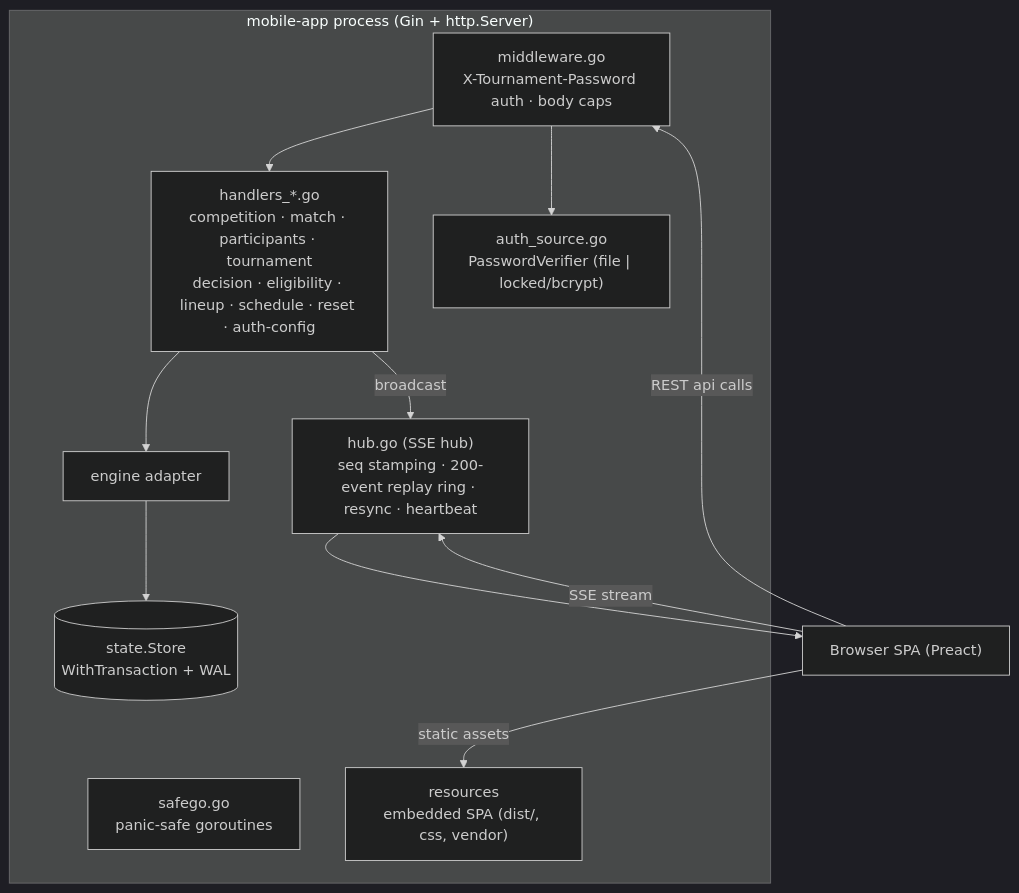
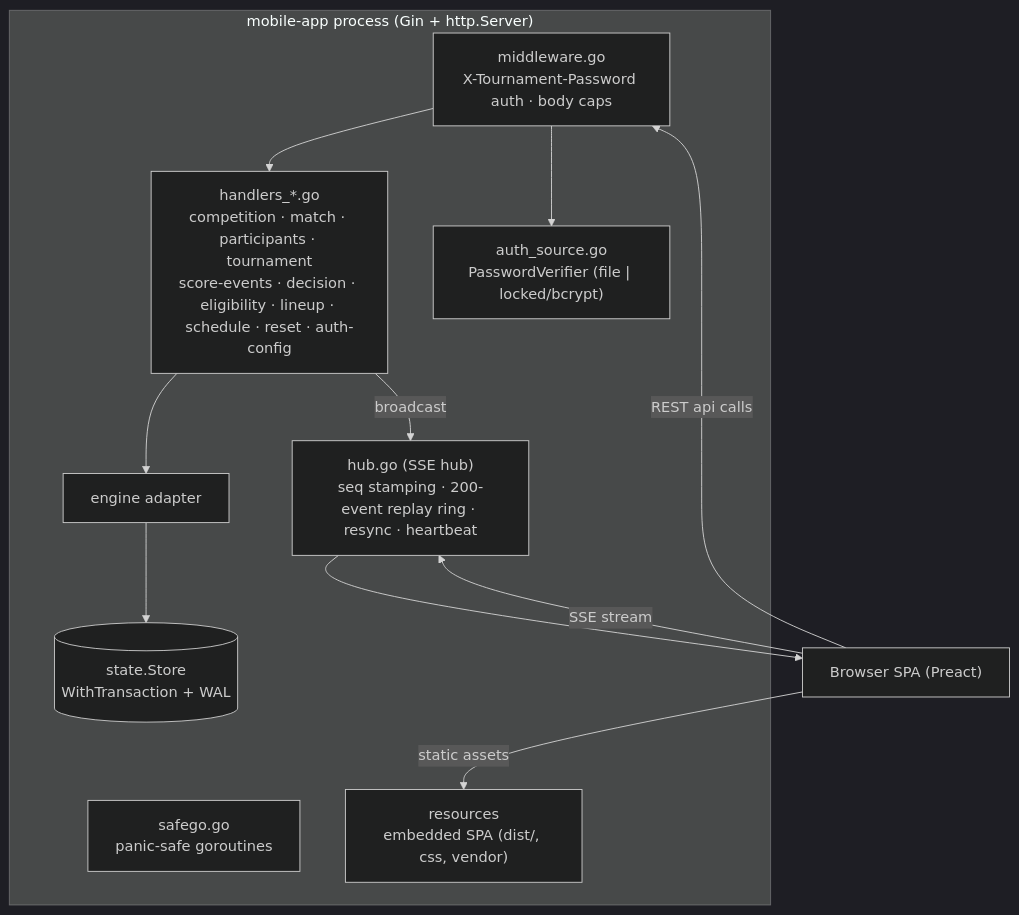
One commit to gitrgoliveira/bracket-creator changed the fourth of 8 diagrams in docs/architecture/software-architecture.md. Above: the diagram before and after it, drawn with Mermaid (dark theme). The commit also changed other lines of this file and 9 other files, not shown here.

````diff
--- a/docs/architecture/software-architecture.md
+++ b/docs/architecture/software-architecture.md
@@ -111,20 +111,20 @@
 ```mermaid
 flowchart TB
     subgraph proc["mobile-app process (Gin + http.Server)"]
         mw["middleware.go<br/>X-Tournament-Password auth · body caps"]
         authsrc["auth_source.go<br/>PasswordVerifier (file | locked/bcrypt)"]
-        handlers["handlers_*.go<br/>competition · match · participants · tournament<br/>decision · eligibility · lineup · schedule · reset · auth-config"]
+        handlers["handlers_*.go<br/>competition · match · participants · tournament<br/>score-events · decision · eligibility · lineup · schedule · reset · auth-config"]
         hub["hub.go (SSE hub)<br/>seq stamping · 200-event replay ring · resync · heartbeat"]
         safego["safego.go<br/>panic-safe goroutines"]
         engine["engine adapter"]
         store[("state.Store<br/>WithTransaction + WAL")]
         embed["resources<br/>embedded SPA (dist/, css, vendor)"]
     end
 
     client["Browser SPA (Preact)"] -->|REST api calls| mw --> handlers
     mw --> authsrc
     client -->|SSE stream| hub
     handlers --> engine --> store
     handlers -->|broadcast| hub --> client
     client -->|static assets| embed
 ```
````
